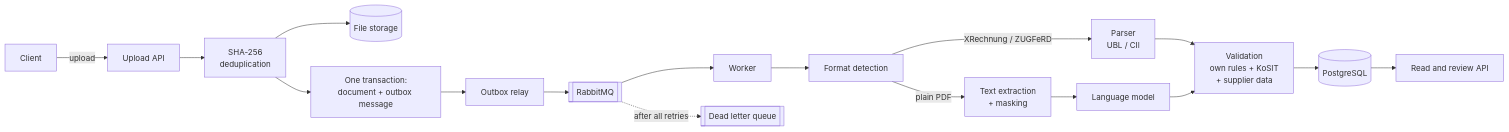
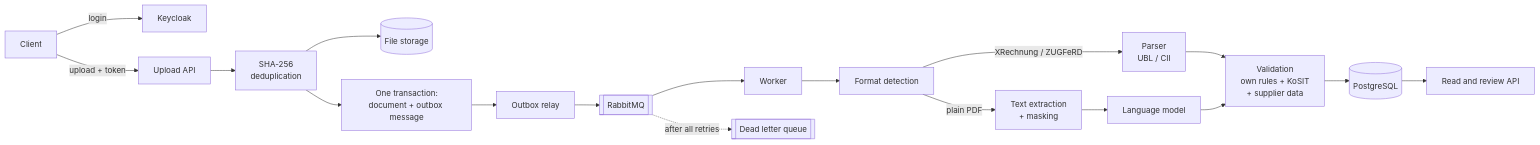
The diagram in README.md (newways-dev/dewtally), drawn with Mermaid before and after one commit. The commit also changed other lines of this file and 6 other files, not shown here.

Commit message:
Login with Keycloak: the API requires a valid token

````diff
--- a/README.md
+++ b/README.md
@@ -45,19 +46,20 @@
 ```mermaid
 flowchart LR
-    U[Client] -->|upload| API[Upload API]
+    U[Client] -->|login| K[Keycloak]
+    U -->|upload + token| API[Upload API]
     API --> H[SHA-256<br/>deduplication]
     H --> S[(File storage)]
     H --> T[One transaction:<br/>document + outbox message]
     T --> O[Outbox relay]
     O --> Q[[RabbitMQ]]
     Q --> W[Worker]
     Q -.->|after all retries| D[[Dead letter queue]]
     W --> F[Format detection]
     F -->|XRechnung / ZUGFeRD| P[Parser<br/>UBL / CII]
     F -->|plain PDF| X[Text extraction<br/>+ masking]
     X --> L[Language model]
     P --> V[Validation<br/>own rules + KoSIT<br/>+ supplier data]
     L --> V
     V --> DB[(PostgreSQL)]
     DB --> R[Read and review API]
 ```
````
